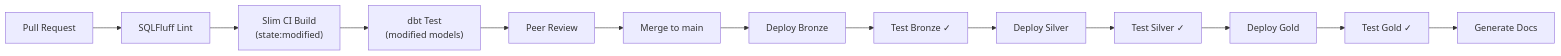
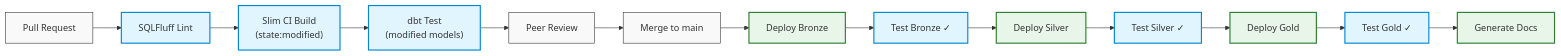
Before and after one commit to hsg09/SnowVault-Enterprise-Data-Platform: the diagram in docs/ci_cd_guide.md, drawn with Mermaid. The commit also changed other lines of this file and 14 other files, not shown here.

````diff
--- a/docs/ci_cd_guide.md
+++ b/docs/ci_cd_guide.md
@@ -5,15 +13,19 @@
 ```mermaid
 graph LR
-    PR["Pull Request"] --> LINT["SQLFluff Lint"]
-    LINT --> CI["Slim CI Build<br>(state:modified)"]
-    CI --> TEST["dbt Test<br>(modified models)"]
-    TEST --> REVIEW["Peer Review"]
-    REVIEW --> MERGE["Merge to main"]
-    MERGE --> DEPLOY_B["Deploy Bronze"]
-    DEPLOY_B --> TEST_B["Test Bronze ✓"]
-    TEST_B --> DEPLOY_S["Deploy Silver"]
-    DEPLOY_S --> TEST_S["Test Silver ✓"]
-    TEST_S --> DEPLOY_G["Deploy Gold"]
-    DEPLOY_G --> TEST_G["Test Gold ✓"]
-    TEST_G --> DOCS["Generate Docs"]
+    classDef git fill:#f9f9f9,stroke:#333,stroke-width:1px
+    classDef test fill:#e1f5fe,stroke:#0288d1,stroke-width:2px
+    classDef deploy fill:#e8f5e9,stroke:#2e7d32,stroke-width:2px
+    
+    PR["Pull Request"]:::git --> LINT["SQLFluff Lint"]:::test
+    LINT --> CI["Slim CI Build<br>(state:modified)"]:::test
+    CI --> TEST["dbt Test<br>(modified models)"]:::test
+    TEST --> REVIEW["Peer Review"]:::git
+    REVIEW --> MERGE["Merge to main"]:::git
+    MERGE --> DEPLOY_B["Deploy Bronze"]:::deploy
+    DEPLOY_B --> TEST_B["Test Bronze ✓"]:::test
+    TEST_B --> DEPLOY_S["Deploy Silver"]:::deploy
+    DEPLOY_S --> TEST_S["Test Silver ✓"]:::test
+    TEST_S --> DEPLOY_G["Deploy Gold"]:::deploy
+    DEPLOY_G --> TEST_G["Test Gold ✓"]:::test
+    TEST_G --> DOCS["Generate Docs"]:::deploy
 ```
````
